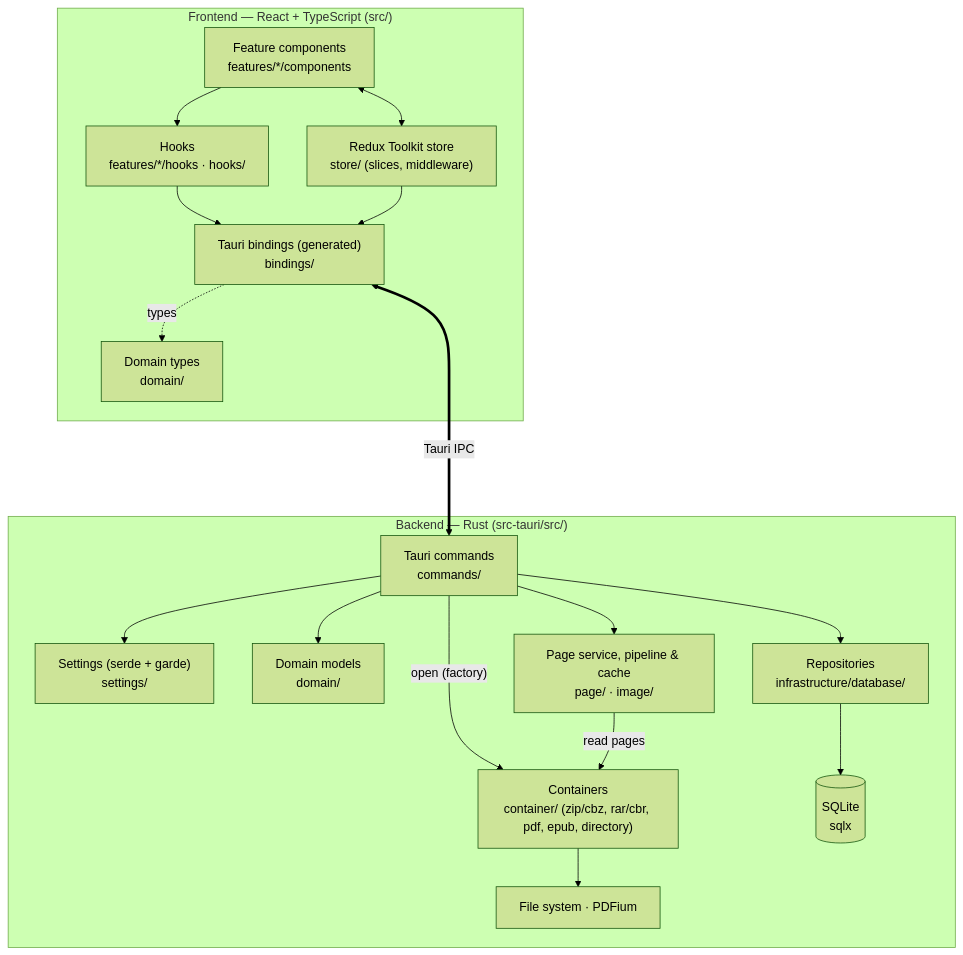
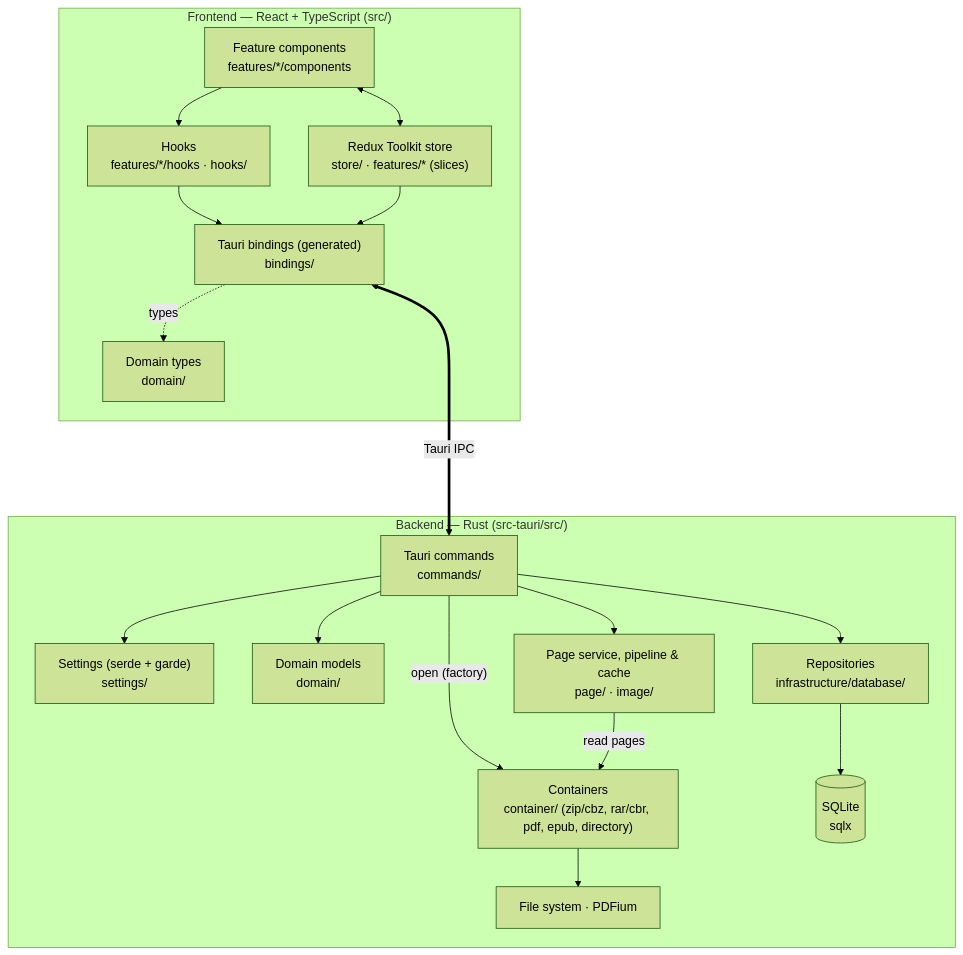
One commit to Rookro/RookReader changed the first of 2 diagrams in docs/wiki/Developer-Guide.md. Above: the diagram before and after it, drawn with Mermaid (forest theme). The commit also changed other lines of this file and 1 other file, not shown here.

First line of the commit message:
docs: correct the store node and state the wire format of command results

````diff
--- a/docs/wiki/Developer-Guide.md
+++ b/docs/wiki/Developer-Guide.md
@@ -9,38 +9,38 @@
 ```mermaid
 graph TD
     subgraph Frontend["Frontend — React + TypeScript (src/)"]
         UI["Feature components<br/>features/*/components"]
         Hooks["Hooks<br/>features/*/hooks · hooks/"]
-        Store["Redux Toolkit store<br/>store/ (slices, middleware)"]
+        Store["Redux Toolkit store<br/>store/ · features/* (slices)"]
         Domain["Domain types<br/>domain/"]
         Bindings["Tauri bindings (generated)<br/>bindings/"]
 
         UI --> Hooks
         UI <--> Store
         Hooks --> Bindings
         Store --> Bindings
         Bindings -.->|types| Domain
     end
 
     Bindings <====>|"Tauri IPC"| Commands
 
     subgraph Backend["Backend — Rust (src-tauri/src/)"]
         Commands["Tauri commands<br/>commands/"]
         Settings["Settings (serde + garde)<br/>settings/"]
         BDomain["Domain models<br/>domain/"]
         Repos["Repositories<br/>infrastructure/database/"]
         Page["Page service, pipeline & cache<br/>page/ · image/"]
         Containers["Containers<br/>container/ (zip/cbz, rar/cbr, pdf, epub, directory)"]
         DB[("SQLite<br/>sqlx")]
         FS["File system · PDFium"]
 
         Commands --> Settings
         Commands --> BDomain
         Commands --> Repos
         Commands --> Page
         Commands -->|"open (factory)"| Containers
         Page -->|"read pages"| Containers
         Repos --> DB
         Containers --> FS
     end
 ```
````
